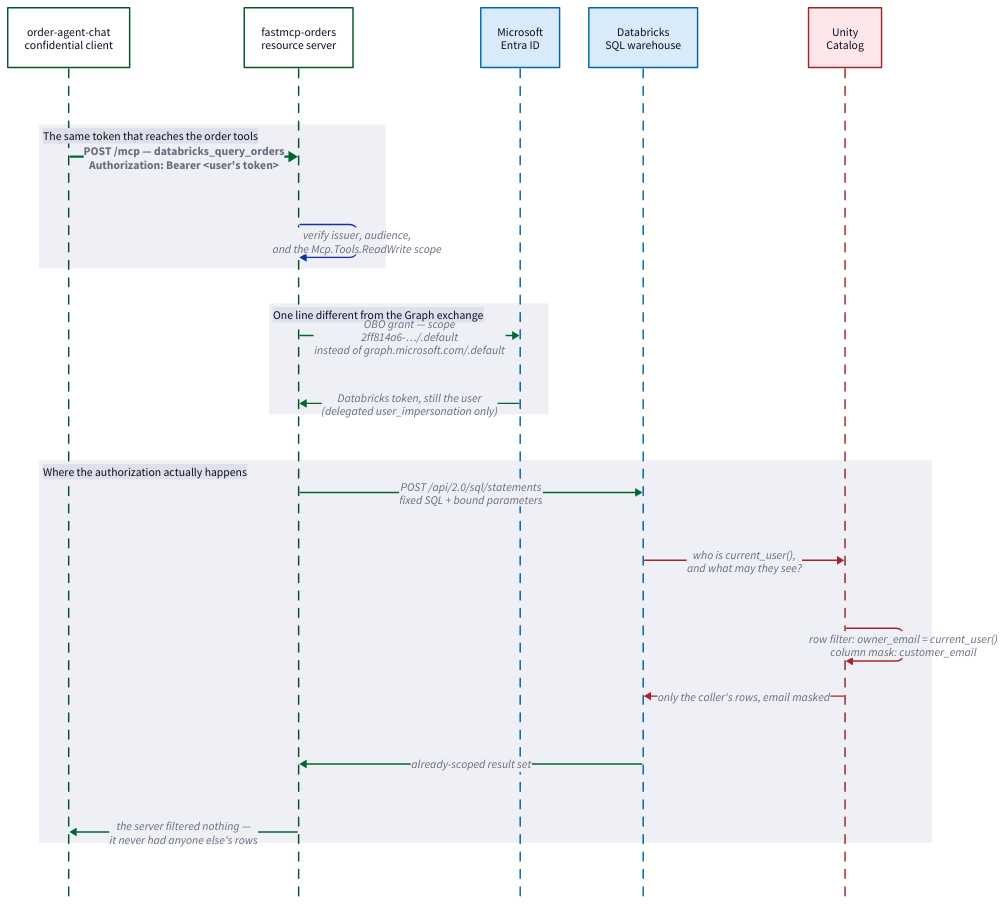
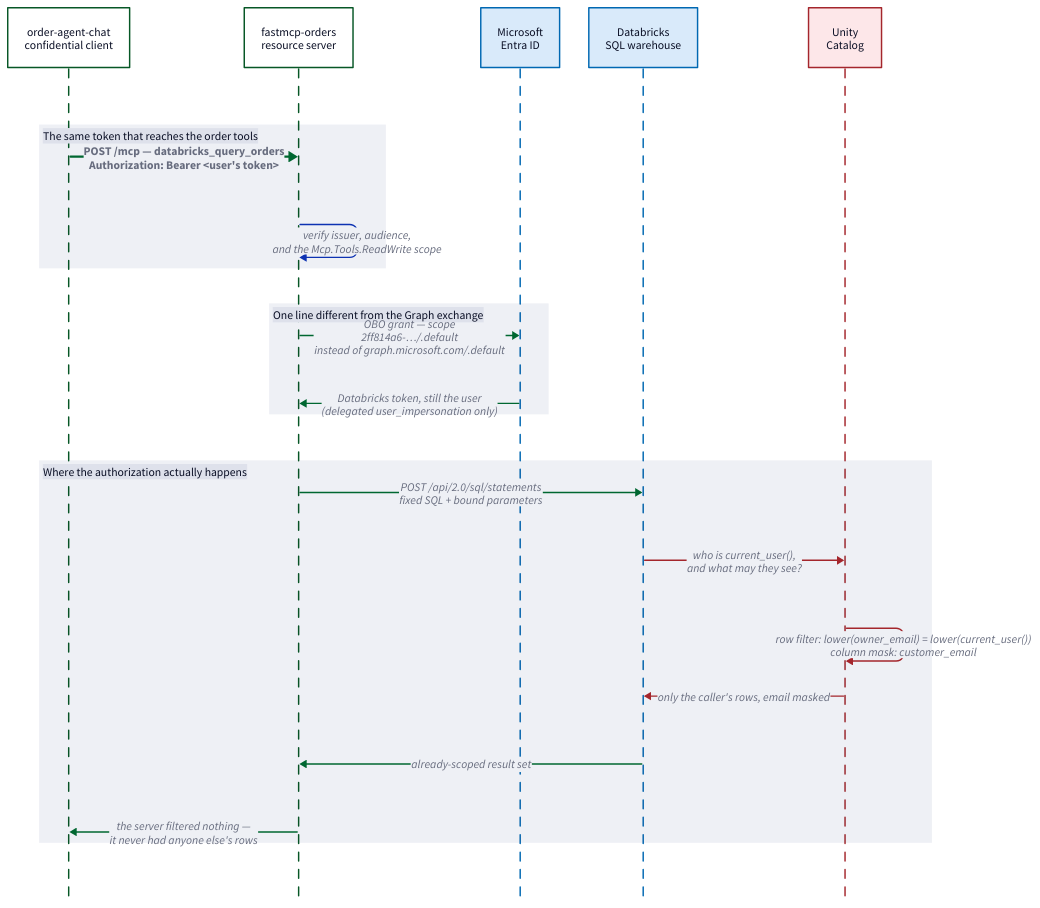
One commit to alisoliman/mcp-obo changed the diagram in docs/databricks-obo.d2. Above: the diagram before and after it, drawn with D2. The commit also changed 20 other files, not shown here.

```diff
--- a/docs/databricks-obo.d2
+++ b/docs/databricks-obo.d2
@@ -1,103 +1,103 @@
 # The second on-behalf-of exchange: the same user token, a different resource.
 # Render: d2 docs/databricks-obo.d2 docs/databricks-obo.svg
 
 vars: {
   d2-config: {
     pad: 20
   }
 }
 
 shape: sequence_diagram
 
 chat: {
   label: "order-agent-chat\nconfidential client"
   style: {
     fill: "#FFFFFF"
     stroke: "#075726"
     stroke-width: 2
   }
 }
 mcp: {
   label: "fastmcp-orders\nresource server"
   style: {
     fill: "#FFFFFF"
     stroke: "#075726"
     stroke-width: 2
   }
 }
 entra: {
   label: "Microsoft\nEntra ID"
   style: {
     fill: "#D9EAFA"
     stroke: "#0068B2"
     stroke-width: 2
   }
 }
 warehouse: {
   label: "Databricks\nSQL warehouse"
   style: {
     fill: "#D9EAFA"
     stroke: "#0068B2"
     stroke-width: 2
   }
 }
 uc: {
   label: "Unity\nCatalog"
   style: {
     fill: "#FDE7E9"
     stroke: "#A4262C"
     stroke-width: 2
   }
 }
 
 arrive: {
   label: "The same token that reaches the order tools"
 
   chat -> mcp: "POST /mcp — databricks_query_orders\nAuthorization: Bearer <user's token>" {
     style.stroke: "#006731"
     style.stroke-width: 3
     style.bold: true
   }
   mcp -> mcp: "verify issuer, audience,\nand the Mcp.Tools.ReadWrite scope"
 }
 
 exchange: {
   label: "One line different from the Graph exchange"
 
   mcp -> entra: "OBO grant — scope\n2ff814a6-…/.default\ninstead of graph.microsoft.com/.default" {
     style.stroke: "#006731"
     style.stroke-width: 2
   }
   entra -> mcp: "Databricks token, still the user\n(delegated user_impersonation only)" {
     style.stroke: "#006731"
     style.stroke-width: 2
   }
 }
 
 query: {
   label: "Where the authorization actually happens"
 
   mcp -> warehouse: "POST /api/2.0/sql/statements\nfixed SQL + bound parameters" {
     style.stroke: "#006731"
     style.stroke-width: 2
   }
   warehouse -> uc: "who is current_user(),\nand what may they see?" {
     style.stroke: "#A4262C"
     style.stroke-width: 2
   }
-  uc -> uc: "row filter: owner_email = current_user()\ncolumn mask: customer_email" {
+  uc -> uc: "row filter: lower(owner_email) = lower(current_user())\ncolumn mask: customer_email" {
     style.stroke: "#A4262C"
   }
   uc -> warehouse: "only the caller's rows, email masked" {
     style.stroke: "#A4262C"
     style.stroke-width: 2
   }
   warehouse -> mcp: "already-scoped result set" {
     style.stroke: "#006731"
     style.stroke-width: 2
   }
   mcp -> chat: "the server filtered nothing —\nit never had anyone else's rows" {
     style.stroke: "#006731"
     style.stroke-width: 2
   }
 }
```
